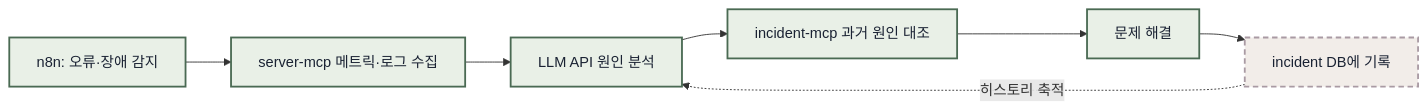
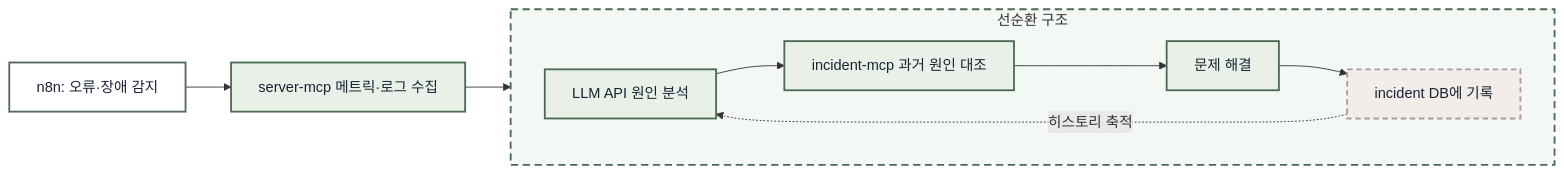
The diagram in assets/docs/ops-response-flow.mmd (leaf-nam/portfolio), drawn with Mermaid before and after one commit. The commit also changed 1 other file, not shown here.

Commit message:
feat: cycle box inside ops flowchart

```diff
--- a/assets/docs/ops-response-flow.mmd
+++ b/assets/docs/ops-response-flow.mmd
@@ -1,13 +1,20 @@
 flowchart LR
-    %% AI 장애 자동대응 흐름 (초안)
+    %% 장애 대응 흐름 + 선순환 구분 (초안)
     %% 미리보기: https://mermaid.live 에 붙여넣기
-    TR["n8n: 오류·장애 감지"] --> C["server-mcp 메트릭·로그 수집"]
-    C --> L["LLM API 원인 분석"]
-    L --> I["incident-mcp 과거 원인 대조"]
-    I --> S["문제 해결"]
-    S --> R["incident DB에 기록"]
-    R -. "히스토리 축적" .-> L
+    TR["n8n: 오류·장애 감지"] --> C["server-mcp 메트릭·로그 수집"] --> L
+    subgraph CYCLE["선순환 구조"]
+        direction LR
+        L["LLM API 원인 분석"]
+        L --> I["incident-mcp 과거 원인 대조"]
+        I --> S["문제 해결"]
+        S --> R["incident DB에 기록"]
+        R -. "히스토리 축적" .-> L
+    end
     classDef step fill:#e9f0e7,stroke:#4a6a53,stroke-width:2px,color:#1a2233
     classDef rec fill:#f2ede9,stroke:#a99aa3,stroke-width:2px,stroke-dasharray:6 4,color:#1a2233
-    class TR,C,L,I,S step
+    classDef cyclebox fill:#f4f8f4,stroke:#4a6a53,stroke-width:2px,stroke-dasharray:8 5
+    classDef trig fill:#ffffff,stroke:#51655c,stroke-width:2px,color:#1a2233
+    class C,L,I,S step
     class R rec
+    class TR trig
+    class CYCLE cyclebox
```
